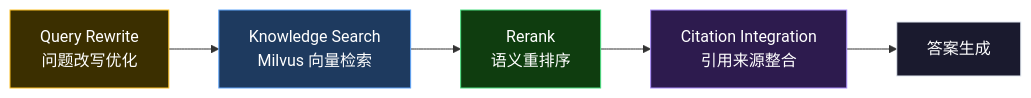
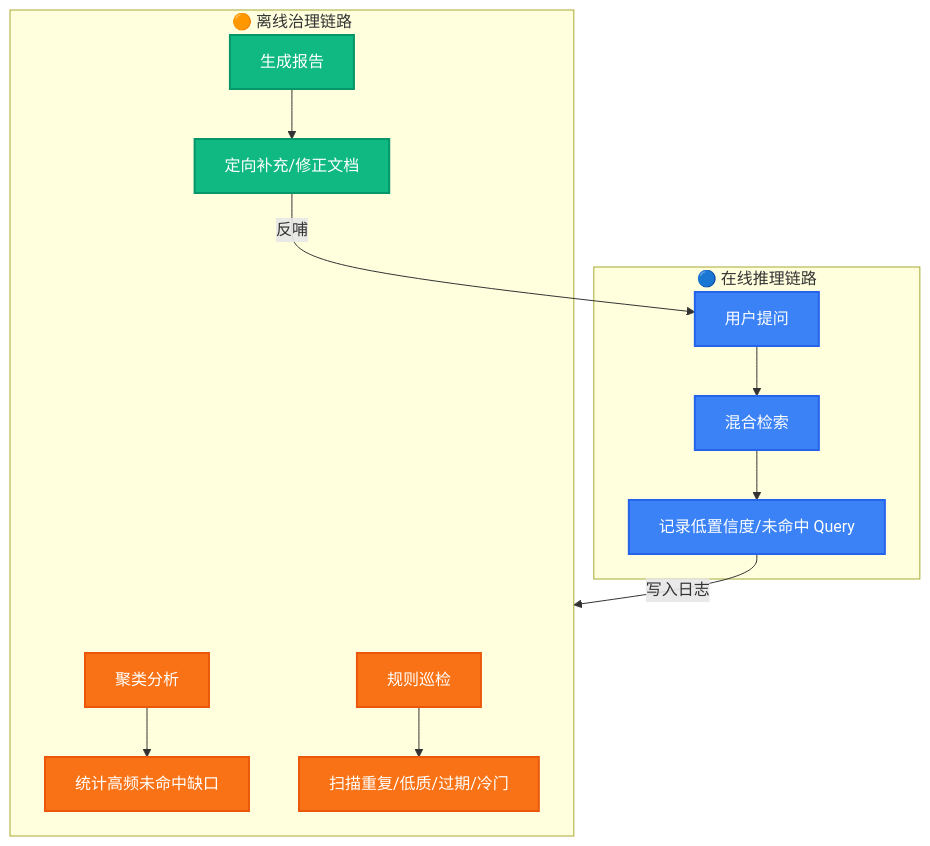
One commit to 7ing24/AgenticRAG changed the fourth of 4 diagrams in README.md. Above: the diagram before and after it, drawn with Mermaid. The commit also changed other lines of this file and 4 other files, not shown here.

````diff
--- a/README.md
+++ b/README.md
@@ -153,13 +198,26 @@
 ```mermaid
-flowchart LR
-    A["Query Rewrite<br/>问题改写优化"] --> B["Knowledge Search<br/>Milvus 向量检索"]
-    B --> C["Rerank<br/>语义重排序"]
-    C --> D["Citation Integration<br/>引用来源整合"]
-    D --> E["答案生成"]
+graph TD
+    classDef online fill:#3B82F6,stroke:#2563EB,color:#fff,stroke-width:2px
+    classDef offline fill:#F97316,stroke:#EA580C,color:#fff,stroke-width:2px
+    classDef action fill:#10B981,stroke:#059669,color:#fff,stroke-width:2px
+    classDef feedback fill:#8B5CF6,stroke:#7C3AED,color:#fff,stroke-width:2px
 
-    style A fill:#3b2f00,stroke:#fbbf24,color:#fff
-    style B fill:#1e3a5f,stroke:#60a5fa,color:#fff
-    style C fill:#0f3d0f,stroke:#4ade80,color:#fff
-    style D fill:#2d1b4e,stroke:#a78bfa,color:#fff
-    style E fill:#1a1a2e,stroke:#e2e8f0,color:#fff
+    subgraph Online["🔵 在线推理链路"]
+        Q["用户提问"] --> Search["混合检索"]
+        Search --> Miss["记录低置信度/未命中 Query"]
+    end
+    
+    Miss -->|写入日志| Offline
+    
+    subgraph Offline["🟠 离线治理链路"]
+        Cluster["聚类分析"] --> Gap["统计高频未命中缺口"]
+        Inspect["规则巡检"] --> Scan["扫描重复/低质/过期/冷门"]
+        Report["生成报告"] --> Fix["定向补充/修正文档"]
+    end
+    
+    Fix -->|反哺| Q
+
+    class Q,Search,Miss online
+    class Cluster,Gap,Inspect,Scan offline
+    class Report,Fix action
 ```
````
